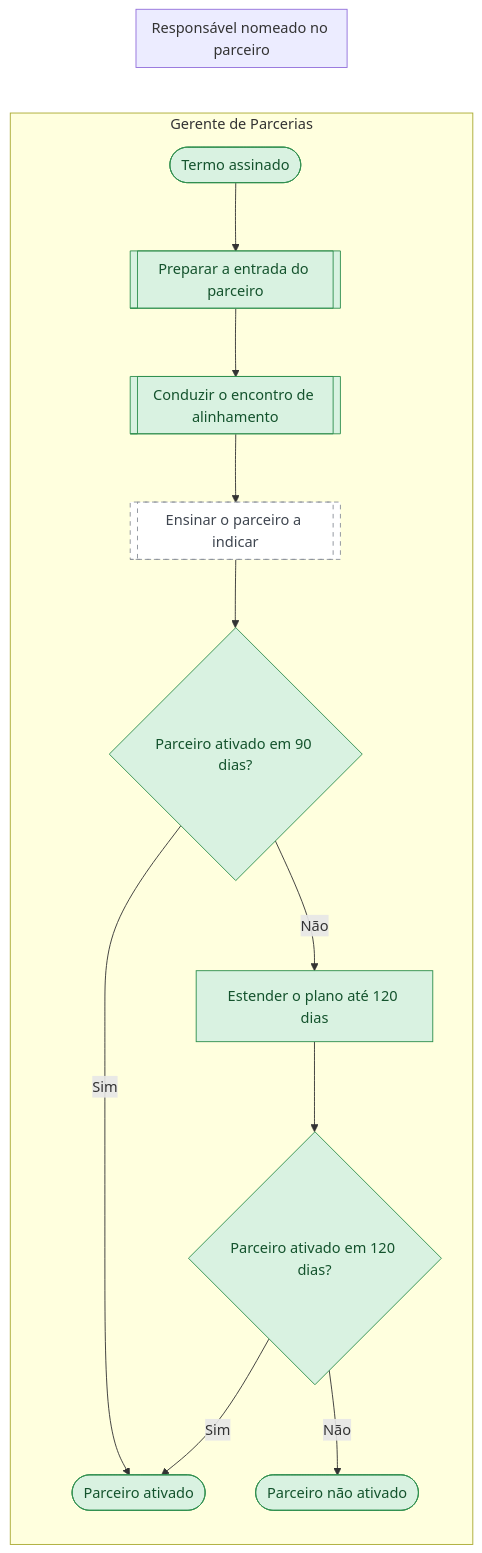
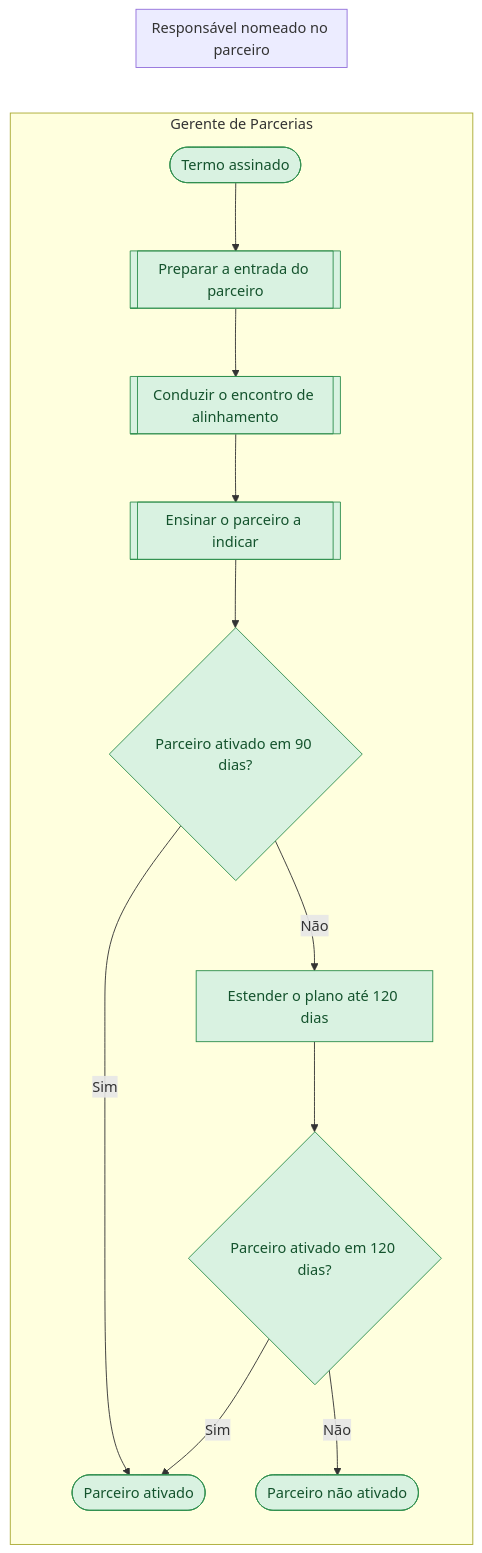
One commit to Guilherme-MFaccin/Wise-Partners changed the diagram in mapeamentos/wise-partners-to-be/saidas/mermaid/fluxo-5-integrar-e-ativar-parceiro.mmd. Above: the diagram before and after it, drawn with Mermaid. The commit also changed 66 other files, not shown here.

```diff
--- a/mapeamentos/wise-partners-to-be/saidas/mermaid/fluxo-5-integrar-e-ativar-parceiro.mmd
+++ b/mapeamentos/wise-partners-to-be/saidas/mermaid/fluxo-5-integrar-e-ativar-parceiro.mmd
@@ -1,27 +1,27 @@
 flowchart LR
     classDef confirmado fill:#D9F2E1,stroke:#2F8F4E,color:#14532D
     classDef declarado fill:#FFF3C4,stroke:#B8860B,color:#5C4300
     classDef hipotese fill:#FFFFFF,stroke:#8A9099,color:#3F4650,stroke-dasharray: 5 5
     classDef contestado fill:#FDE2E1,stroke:#C53030,color:#7F1D1D
     subgraph raia_PA_01 ["Gerente de Parcerias"]
       n_i1(["Termo assinado"]):::confirmado
       n_s1[["Preparar a entrada do parceiro"]]:::confirmado
       n_s2[["Conduzir o encontro de alinhamento"]]:::confirmado
-      n_s3[["Ensinar o parceiro a indicar"]]:::hipotese
+      n_s3[["Ensinar o parceiro a indicar"]]:::confirmado
       n_g1{"Parceiro ativado em 90 dias?"}:::confirmado
       n_t1["Estender o plano até 120 dias"]:::confirmado
       n_g2{"Parceiro ativado em 120 dias?"}:::confirmado
       n_f1(["Parceiro ativado"]):::confirmado
       n_f2(["Parceiro não ativado"]):::confirmado
     end
     subgraph raia_PA_05 ["Responsável nomeado no parceiro"]
     end
     n_i1 --> n_s1
     n_s1 --> n_s2
     n_s2 --> n_s3
     n_s3 --> n_g1
     n_g1 -->|Sim| n_f1
     n_g1 -->|Não| n_t1
     n_t1 --> n_g2
     n_g2 -->|Sim| n_f1
     n_g2 -->|Não| n_f2
```
